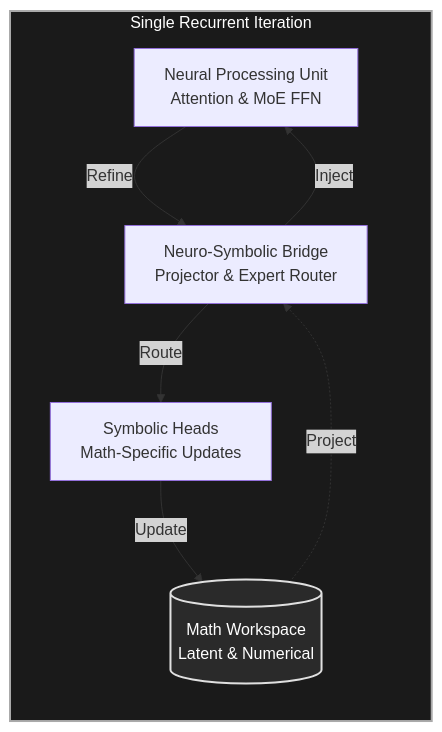
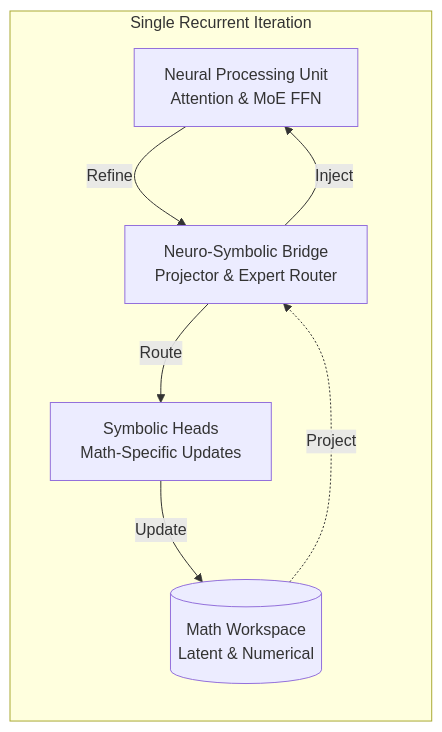
Before and after one commit to Neutron-Binary-LLC/OpenMetis: the second of 6 diagrams in README.md, drawn with Mermaid. The commit also changed other lines of this file, not shown here.

````diff
--- a/README.md
+++ b/README.md
@@ -54,20 +54,20 @@
 ```mermaid
 graph TD
     subgraph Iteration ["Single Recurrent Iteration"]
         direction TB
         
         NPU[Neural Processing Unit<br/>Attention & MoE FFN]
         Bridge[Neuro-Symbolic Bridge<br/>Projector & Expert Router]
         Heads[Symbolic Heads<br/>Math-Specific Updates]
         WS[(Math Workspace<br/>Latent & Numerical)]
 
         WS -.->|Project| Bridge
         Bridge -->|Inject| NPU
         NPU -->|Refine| Bridge
         Bridge -->|Route| Heads
         Heads -->|Update| WS
     end
 
-    style Iteration fill:#1a1a1a,stroke:#aaaaaa,stroke-width:2px,color:#ffffff
-    style WS fill:#2a2a2a,stroke:#e0e0e0,stroke-width:2px,color:#ffffff
+%%    style Iteration fill:#1a1a1a,stroke:#aaaaaa,stroke-width:2px,color:#ffffff
+%%    style WS fill:#2a2a2a,stroke:#e0e0e0,stroke-width:2px,color:#ffffff
 ```
````
